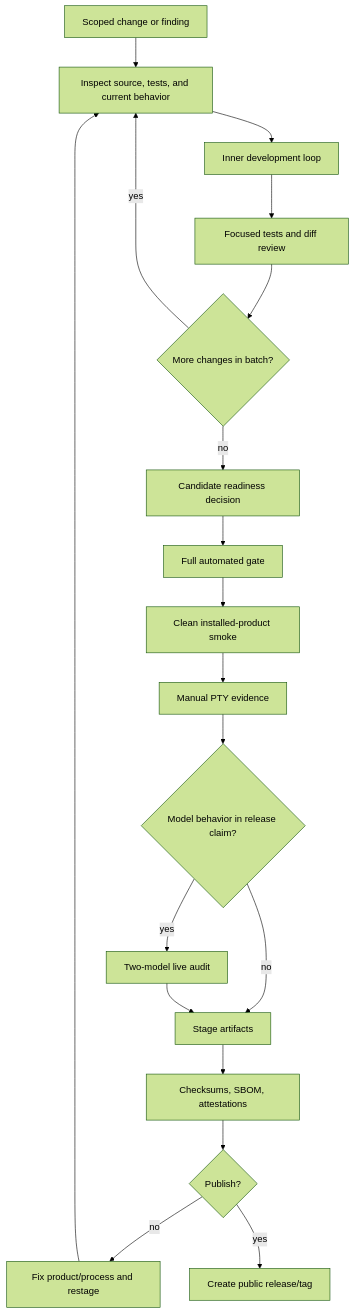
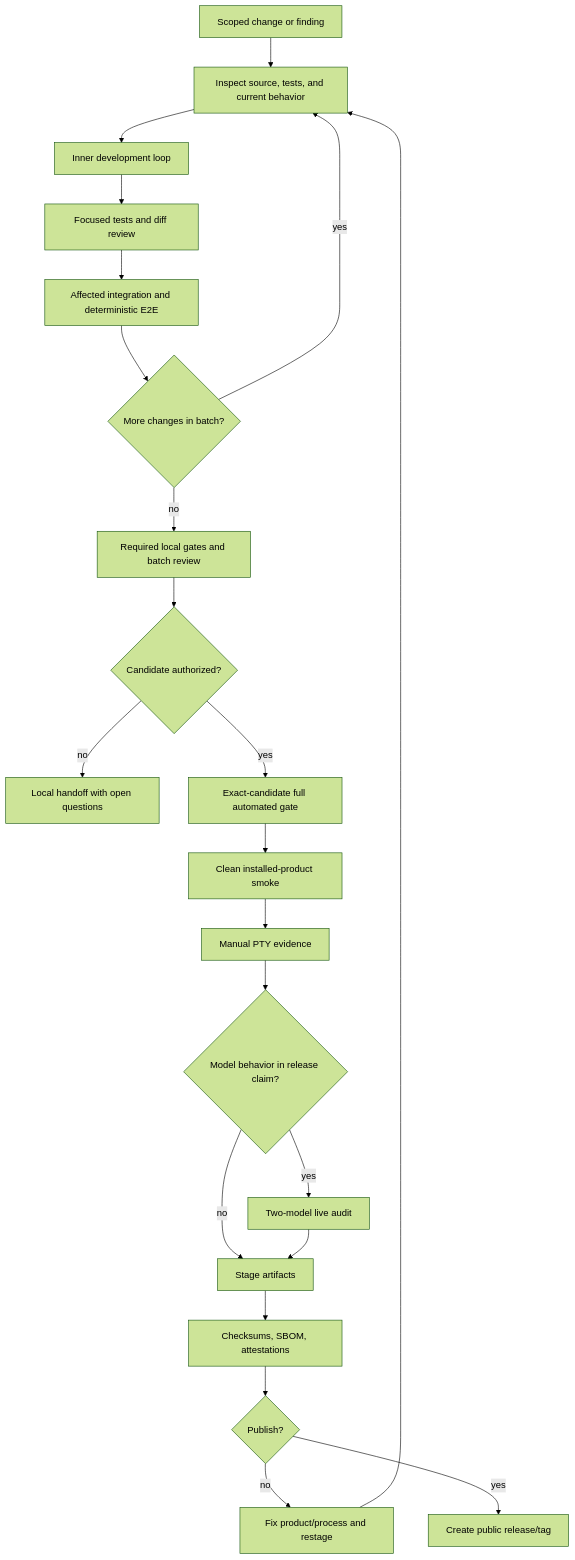
One commit to ai21z/talos-assistant changed the diagram in work-cycle-docs/work-test-cycle.md. Above: the diagram before and after it, drawn with Mermaid (forest theme). The commit also changed other lines of this file and 226 other files, not shown here.

````diff
--- a/work-cycle-docs/work-test-cycle.md
+++ b/work-cycle-docs/work-test-cycle.md
@@ -7,21 +7,24 @@
 ```mermaid
 flowchart TB
     Start["Scoped change or finding"] --> Inspect["Inspect source, tests, and current behavior"]
     Inspect --> Inner["Inner development loop"]
     Inner --> Focused["Focused tests and diff review"]
-    Focused --> More{"More changes in batch?"}
+    Focused --> Adjacent["Affected integration and deterministic E2E"]
+    Adjacent --> More{"More changes in batch?"}
     More -- yes --> Inspect
-    More -- no --> Candidate["Candidate readiness decision"]
-    Candidate --> Auto["Full automated gate"]
+    More -- no --> Batch["Required local gates and batch review"]
+    Batch --> Candidate{"Candidate authorized?"}
+    Candidate -- no --> Handoff["Local handoff with open questions"]
+    Candidate -- yes --> Auto["Exact-candidate full automated gate"]
     Auto --> Install["Clean installed-product smoke"]
     Install --> Manual["Manual PTY evidence"]
     Manual --> Live{"Model behavior in release claim?"}
     Live -- yes --> TwoModel["Two-model live audit"]
     Live -- no --> Stage["Stage artifacts"]
     TwoModel --> Stage
     Stage --> Verify["Checksums, SBOM, attestations"]
     Verify --> Decision{"Publish?"}
     Decision -- no --> Fix["Fix product/process and restage"]
     Fix --> Inspect
     Decision -- yes --> Release["Create public release/tag"]
 ```
````
